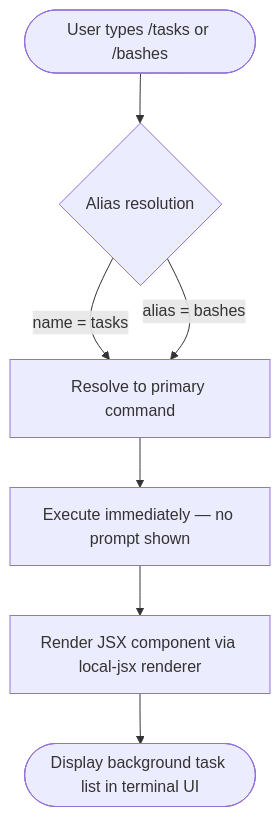
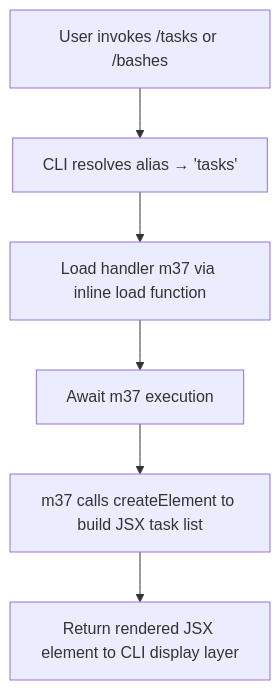
Before and after one commit to MyLittleLuckyDog/cc-gnothi: the diagram in versions/v2.1.144/tasks.md, drawn with Mermaid. The commit also changed other lines of this file and 483 other files, not shown here.

````diff
--- a/versions/v2.1.144/tasks.md
+++ b/versions/v2.1.144/tasks.md
@@ -47,9 +60,8 @@
 ```mermaid
 flowchart TD
-    A([User types /tasks or /bashes]) --> B{Alias resolution}
-    B -->|name = tasks| C[Resolve to primary command]
-    B -->|alias = bashes| C
-    C --> D[Execute immediately — no prompt shown]
-    D --> E[Render JSX component via local-jsx renderer]
-    E --> F([Display background task list in terminal UI])
+    A[User invokes /tasks or /bashes] --> B[CLI resolves alias → 'tasks']
+    B --> C[Load handler m37 via inline load function]
+    C --> D[Await m37 execution]
+    D --> E[m37 calls createElement to build JSX task list]
+    E --> F[Return rendered JSX element to CLI display layer]
 ```
````
